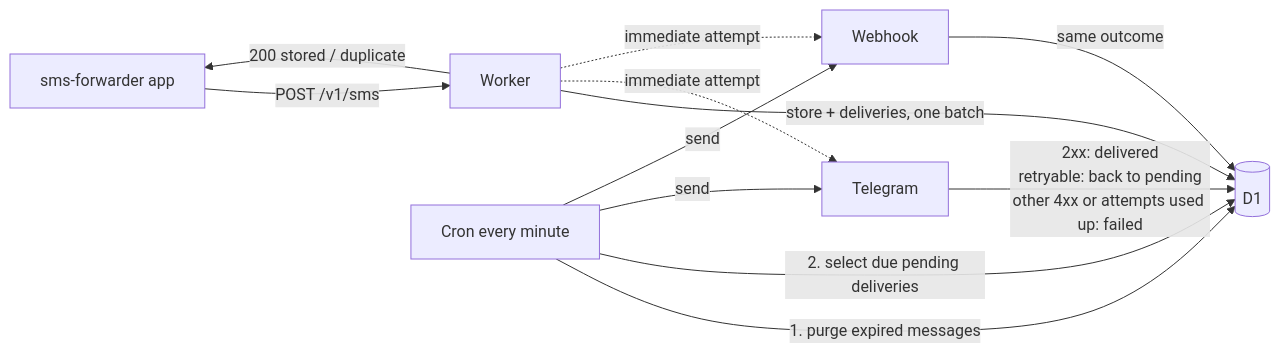
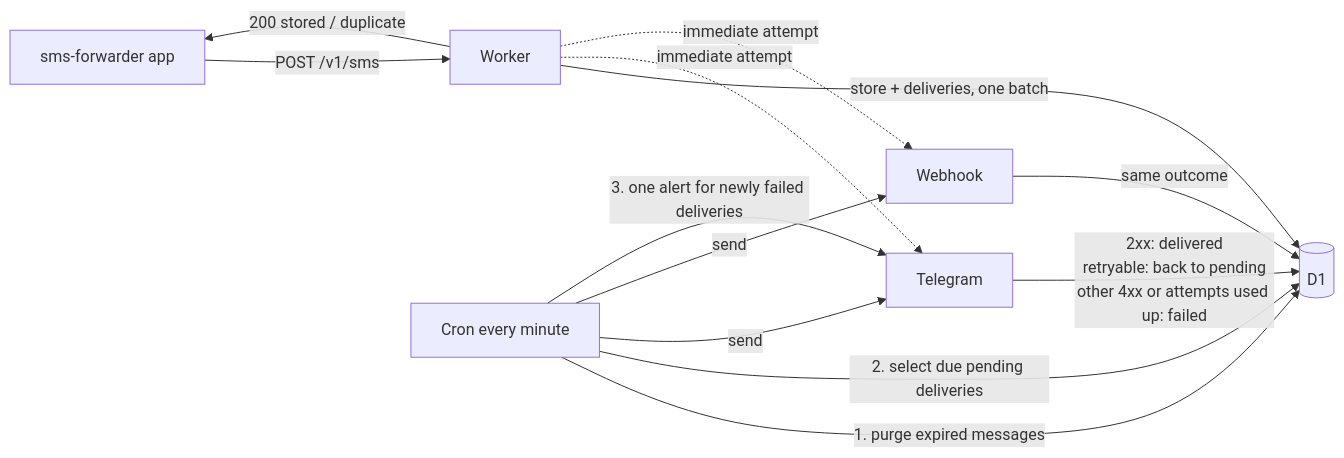
Before and after one commit to Lacho00/sms-relay: the diagram in README.md, drawn with Mermaid. The commit also changed other lines of this file and 39 other files, not shown here.

````diff
--- a/README.md
+++ b/README.md
@@ -19,14 +23,15 @@
 ```mermaid
 flowchart LR
   A[sms-forwarder app] -->|POST /v1/sms| W[Worker]
   W -->|store + deliveries, one batch| D[(D1)]
   W -->|200 stored / duplicate| A
   W -.->|immediate attempt| T[Telegram]
   W -.->|immediate attempt| H[Webhook]
   C[Cron every minute] -->|1. purge expired messages| D
   C -->|2. select due pending deliveries| D
   C -->|send| T
   C -->|send| H
+  C -->|3. one alert for newly failed deliveries| T
   T -->|2xx: delivered<br/>retryable: back to pending<br/>other 4xx or attempts used up: failed| D
   H -->|same outcome| D
 ```
````
